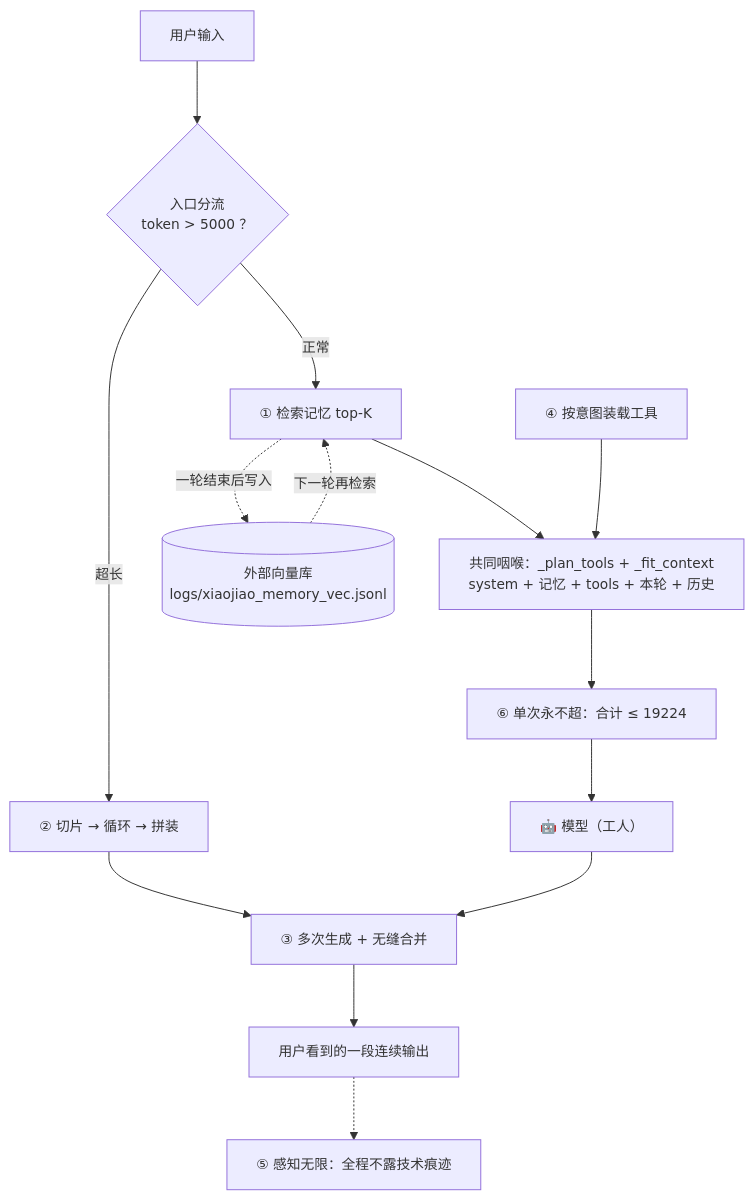
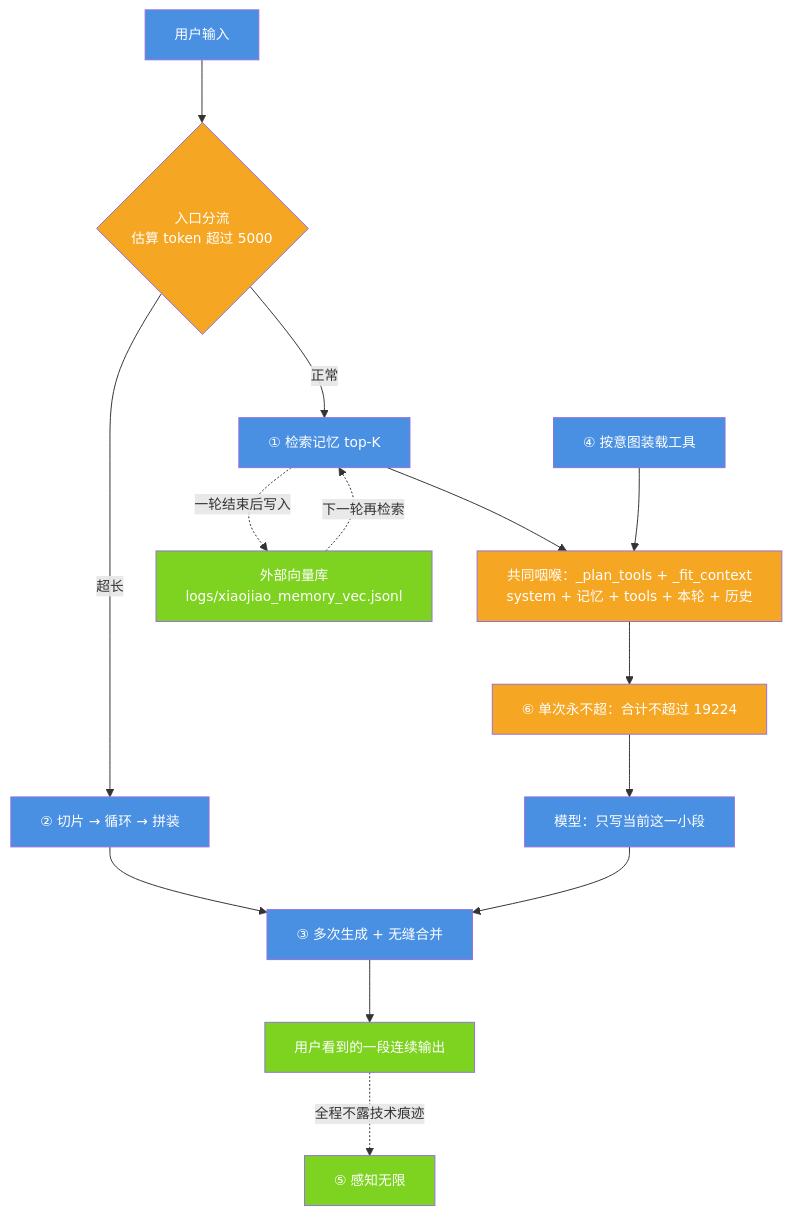
Before and after one commit to jiangchuangege/xiaojiao-harnees: the seventh of 7 diagrams in docs/six-infinity.md, drawn with Mermaid. The commit also changed other lines of this file, not shown here.

Commit message:
docs: six-infinity 重写收尾（补 rerank 二次判断层与拆分开的延迟判据，12 张图重画）

````diff
--- a/docs/six-infinity.md
+++ b/docs/six-infinity.md
@@ -465,17 +620,29 @@
 ```mermaid
 %%{init: {"themeVariables": {"fontSize": "14px"}, "flowchart": {"htmlLabels": true, "wrappingWidth": 320, "nodeSpacing": 46, "rankSpacing": 64, "useMaxWidth": true}}}%%
 flowchart TB
-    IN["用户输入"] --> GATE{"入口分流<br/>token &gt; 5000 ？"}
-    GATE -->|超长| I2["② 切片 → 循环 → 拼装"]
-    GATE -->|正常| I1["① 检索记忆 top-K"]
+    IN["用户输入"] --> GATE{"入口分流<br/>估算 token 超过 5000"}
+    GATE -->|"超长"| I2["② 切片 → 循环 → 拼装"]
+    GATE -->|"正常"| I1["① 检索记忆 top-K"]
     I1 --> ASM["共同咽喉：_plan_tools + _fit_context<br/>system + 记忆 + tools + 本轮 + 历史"]
     I4["④ 按意图装载工具"] --> ASM
     I2 --> I3
-    ASM --> I6["⑥ 单次永不超：合计 ≤ 19224"]
-    I6 --> MODEL["🤖 模型（工人）"]
+    ASM --> I6["⑥ 单次永不超：合计不超过 19224"]
+    I6 --> MODEL["模型：只写当前这一小段"]
     MODEL --> I3["③ 多次生成 + 无缝合并"]
     I3 --> OUT["用户看到的一段连续输出"]
-    OUT -.-> I5["⑤ 感知无限：全程不露技术痕迹"]
-    I1 -.->|"一轮结束后写入"| STORE[("外部向量库<br/>logs/xiaojiao_memory_vec.jsonl")]
+    OUT -.->|"全程不露技术痕迹"| I5["⑤ 感知无限"]
+    I1 -.->|"一轮结束后写入"| STORE["外部向量库<br/>logs/xiaojiao_memory_vec.jsonl"]
     STORE -.->|"下一轮再检索"| I1
+    style IN fill:#4A90E2,color:#fff
+    style GATE fill:#F5A623,color:#fff
+    style I1 fill:#4A90E2,color:#fff
+    style I2 fill:#4A90E2,color:#fff
+    style I3 fill:#4A90E2,color:#fff
+    style I4 fill:#4A90E2,color:#fff
+    style I5 fill:#7ED321,color:#fff
+    style I6 fill:#F5A623,color:#fff
+    style ASM fill:#F5A623,color:#fff
+    style MODEL fill:#4A90E2,color:#fff
+    style OUT fill:#7ED321,color:#fff
+    style STORE fill:#7ED321,color:#fff
 ```
````
